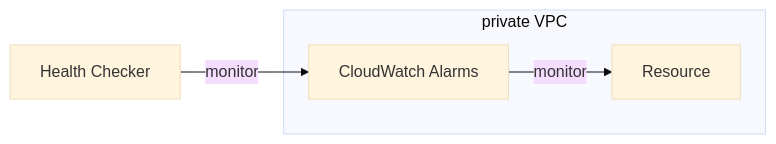
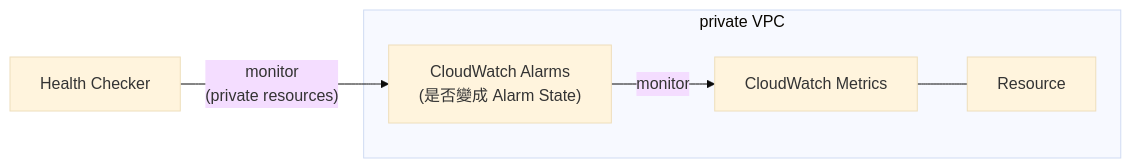
The diagram in aws/Route53.md (cool21540125/documentation-notes), drawn with Mermaid (base theme) before and after one commit. The commit also changed other lines of this file and 11 other files, not shown here.

````diff
--- a/aws/Route53.md
+++ b/aws/Route53.md
@@ -57,8 +78,11 @@
-```mermaid
-flowchart LR;
+            ```mermaid
+            flowchart LR
 
-subgraph private VPC
-    cc["CloudWatch Alarms"] -- monitor --> rr["Resource"]
-end
-hc["Health Checker"] -- monitor --> cc;
-```
+            subgraph private VPC
+                rr["Resource"]
+                cc["CloudWatch Alarms \n (是否變成 Alarm State)"]
+                cm["CloudWatch Metrics"] --- rr;
+                cc -- monitor --> cm
+            end
+            hc["Health Checker"] -- "monitor \n (private resources)" --> cc;
+            ```
````
